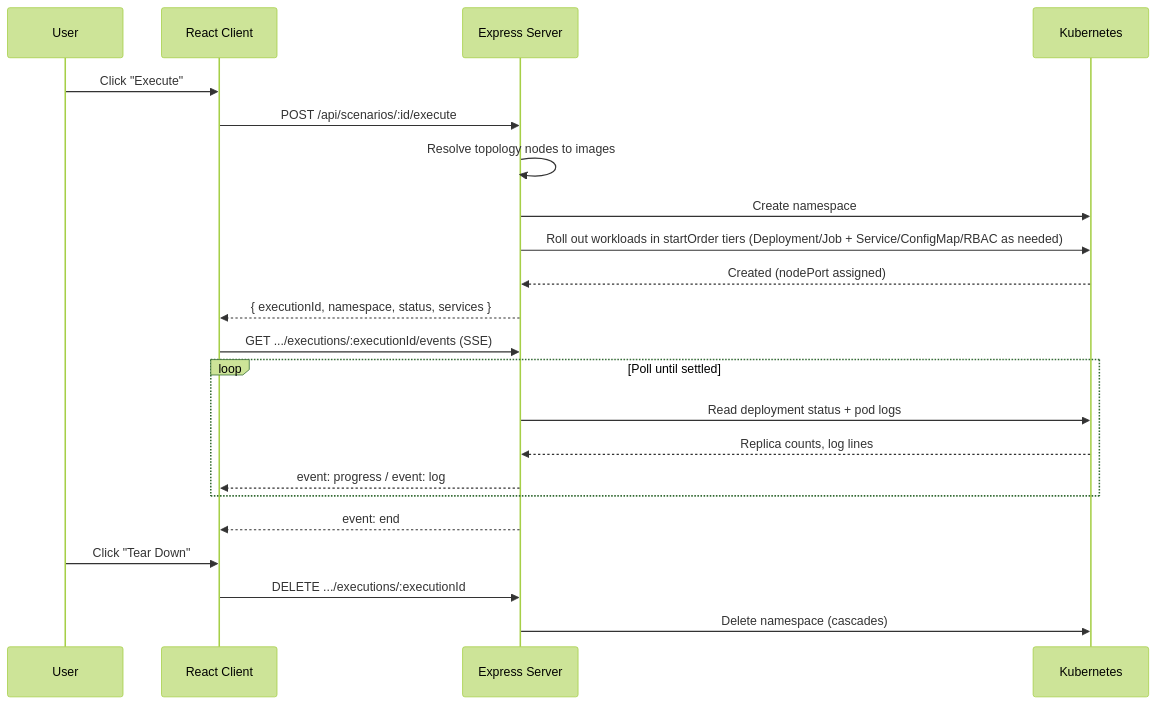
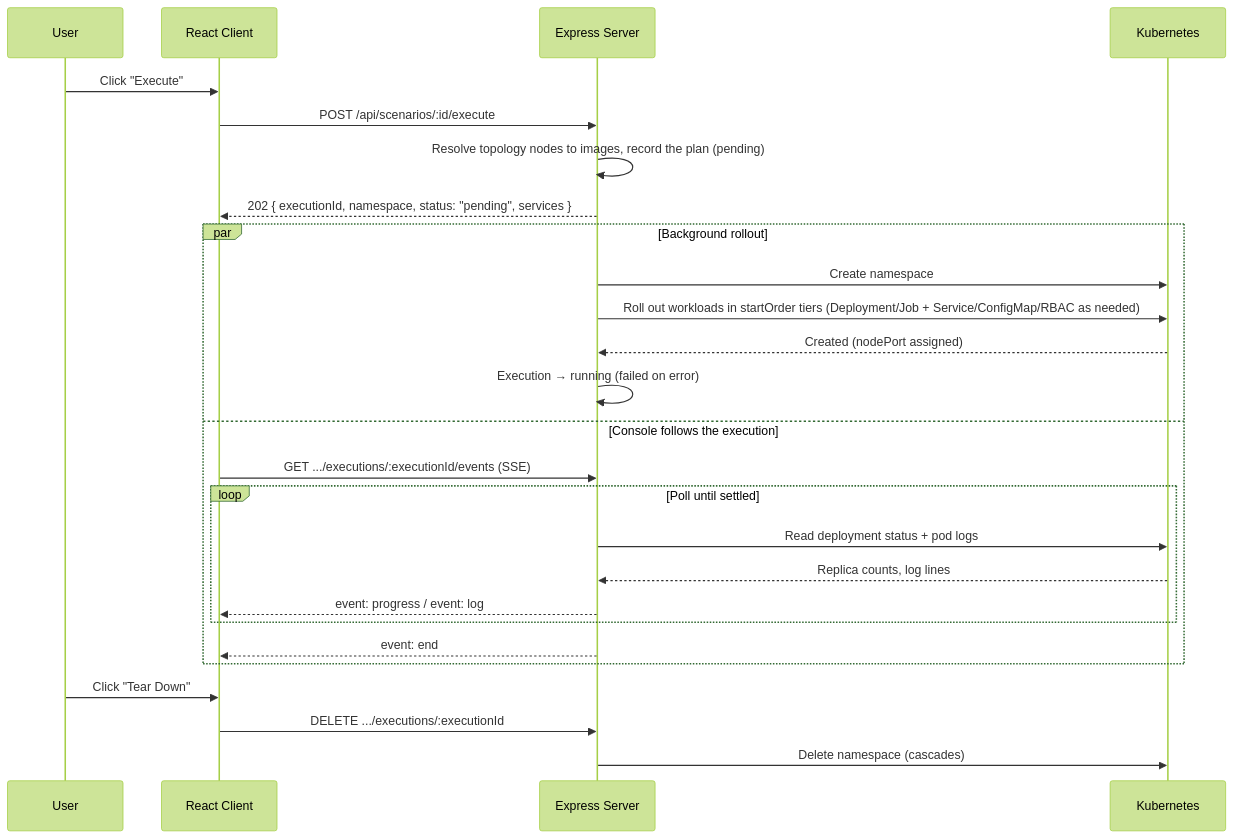
One commit to montimage-projects/mi-digitaltwin-management-service changed the diagram in docs/integration/kubernetes-execution.md. Above: the diagram before and after it, drawn with Mermaid (forest theme). The commit also changed other lines of this file and 14 other files, not shown here.

````diff
--- a/docs/integration/kubernetes-execution.md
+++ b/docs/integration/kubernetes-execution.md
@@ -25,27 +25,31 @@
 ```mermaid
 sequenceDiagram
   participant U as User
   participant C as React Client
   participant S as Express Server
   participant K as Kubernetes
 
   U->>C: Click "Execute"
   C->>S: POST /api/scenarios/:id/execute
-  S->>S: Resolve topology nodes to images
-  S->>K: Create namespace
-  S->>K: Roll out workloads in startOrder tiers (Deployment/Job + Service/ConfigMap/RBAC as needed)
-  K-->>S: Created (nodePort assigned)
-  S-->>C: { executionId, namespace, status, services }
+  S->>S: Resolve topology nodes to images, record the plan (pending)
+  S-->>C: 202 { executionId, namespace, status: "pending", services }
 
-  C->>S: GET .../executions/:executionId/events (SSE)
-  loop Poll until settled
-    S->>K: Read deployment status + pod logs
-    K-->>S: Replica counts, log lines
-    S-->>C: event: progress / event: log
+  par Background rollout
+    S->>K: Create namespace
+    S->>K: Roll out workloads in startOrder tiers (Deployment/Job + Service/ConfigMap/RBAC as needed)
+    K-->>S: Created (nodePort assigned)
+    S->>S: Execution → running (failed on error)
+  and Console follows the execution
+    C->>S: GET .../executions/:executionId/events (SSE)
+    loop Poll until settled
+      S->>K: Read deployment status + pod logs
+      K-->>S: Replica counts, log lines
+      S-->>C: event: progress / event: log
+    end
+    S-->>C: event: end
   end
-  S-->>C: event: end
 
   U->>C: Click "Tear Down"
   C->>S: DELETE .../executions/:executionId
   S->>K: Delete namespace (cascades)
 ```
````
